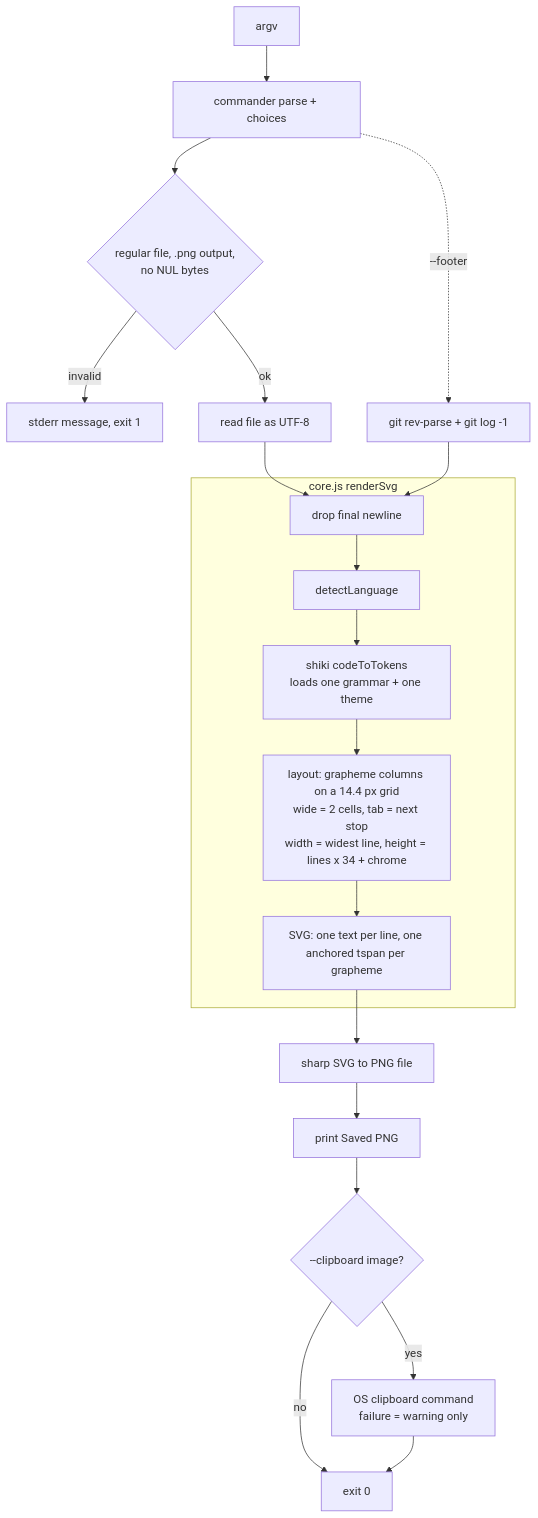
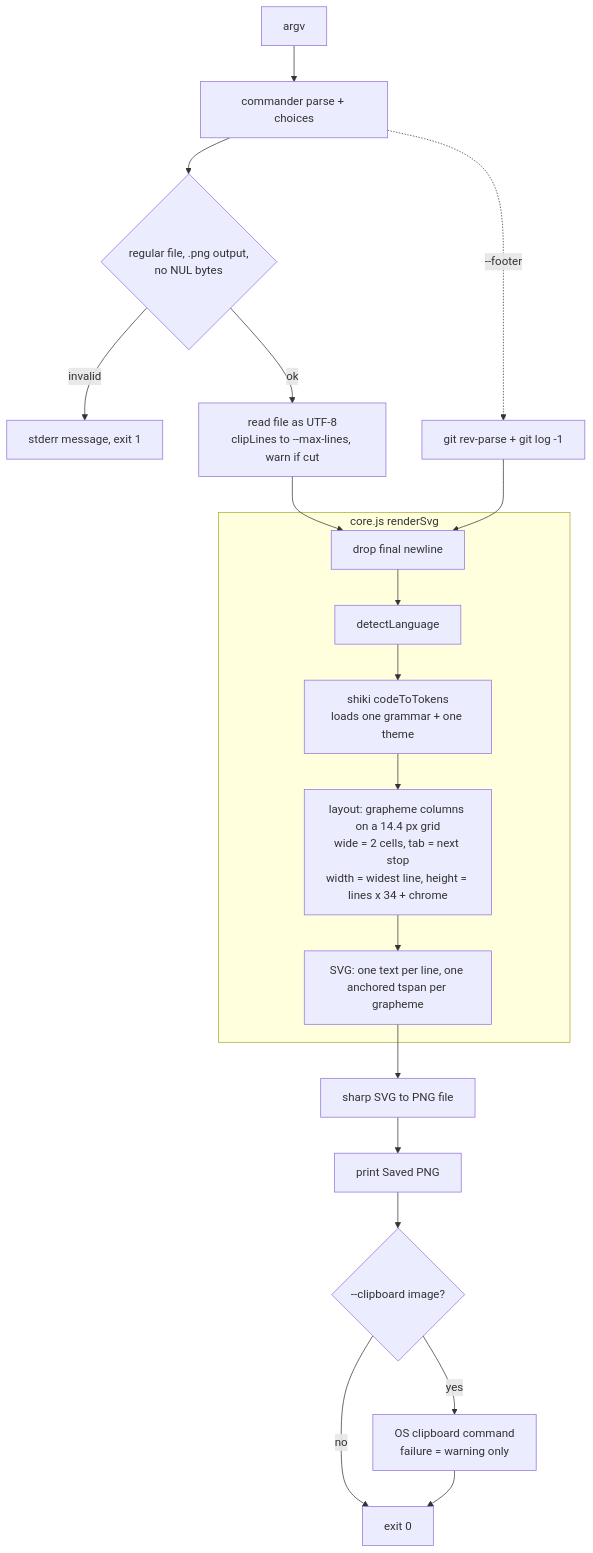
Before and after one commit to AlfredBateman/SnapCodeCLI: the diagram in docs/ARCHITECTURE.md, drawn with Mermaid. The commit also changed other lines of this file and 5 other files, not shown here.

Commit message:
feat: clip long files with --max-lines, default 100

````diff
--- a/docs/ARCHITECTURE.md
+++ b/docs/ARCHITECTURE.md
@@ -19,22 +19,22 @@
 ```mermaid
 flowchart TD
     A[argv] --> B[commander parse + choices]
     B --> C{regular file, .png output,<br/>no NUL bytes}
     C -- invalid --> X[stderr message, exit 1]
-    C -- ok --> D[read file as UTF-8]
+    C -- ok --> D[read file as UTF-8<br/>clipLines to --max-lines, warn if cut]
     B -. --footer .-> H[git rev-parse + git log -1]
     D --> R
     H --> R
     subgraph core.js renderSvg
       R[drop final newline] --> E[detectLanguage]
       E --> G[shiki codeToTokens<br/>loads one grammar + one theme]
       G --> I[layout: grapheme columns on a 14.4 px grid<br/>wide = 2 cells, tab = next stop<br/>width = widest line, height = lines x 34 + chrome]
       I --> J[SVG: one text per line, one anchored tspan per grapheme]
     end
     J --> K[sharp SVG to PNG file]
     K --> N[print Saved PNG]
     N --> L{--clipboard image?}
     L -- yes --> M[OS clipboard command<br/>failure = warning only]
     L -- no --> Z[exit 0]
     M --> Z
 ```
````
